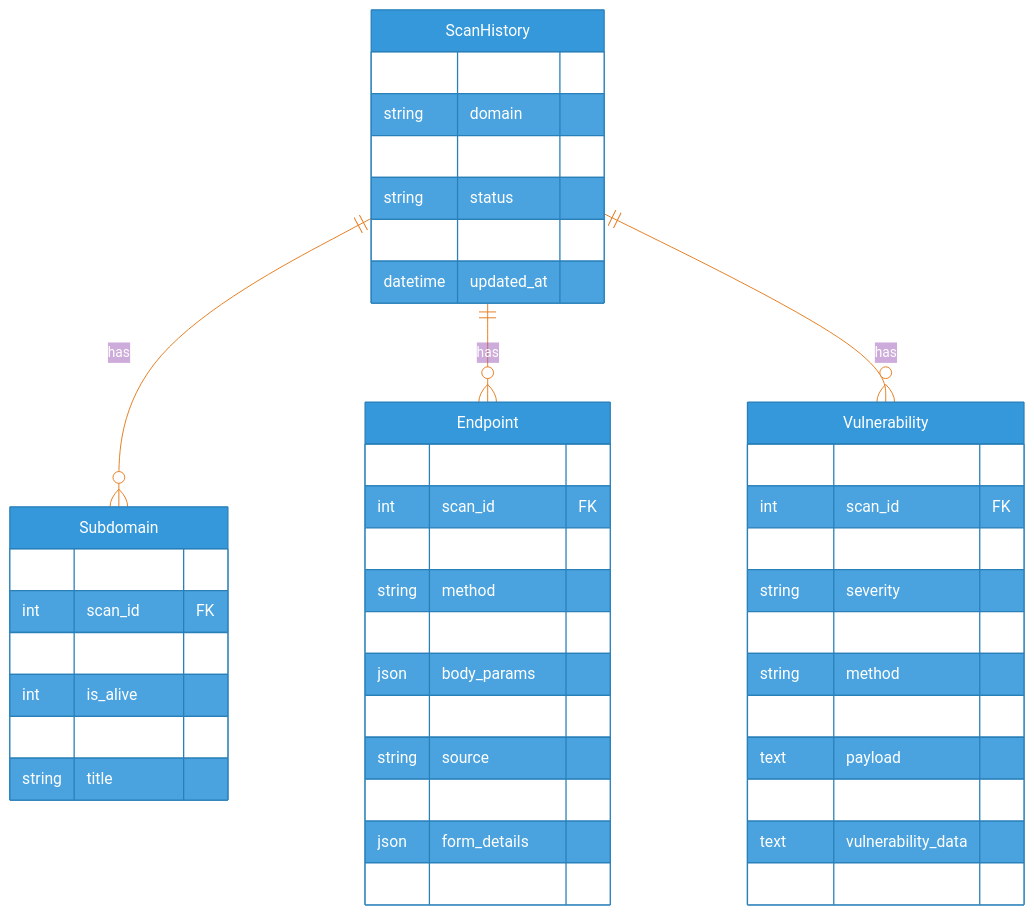
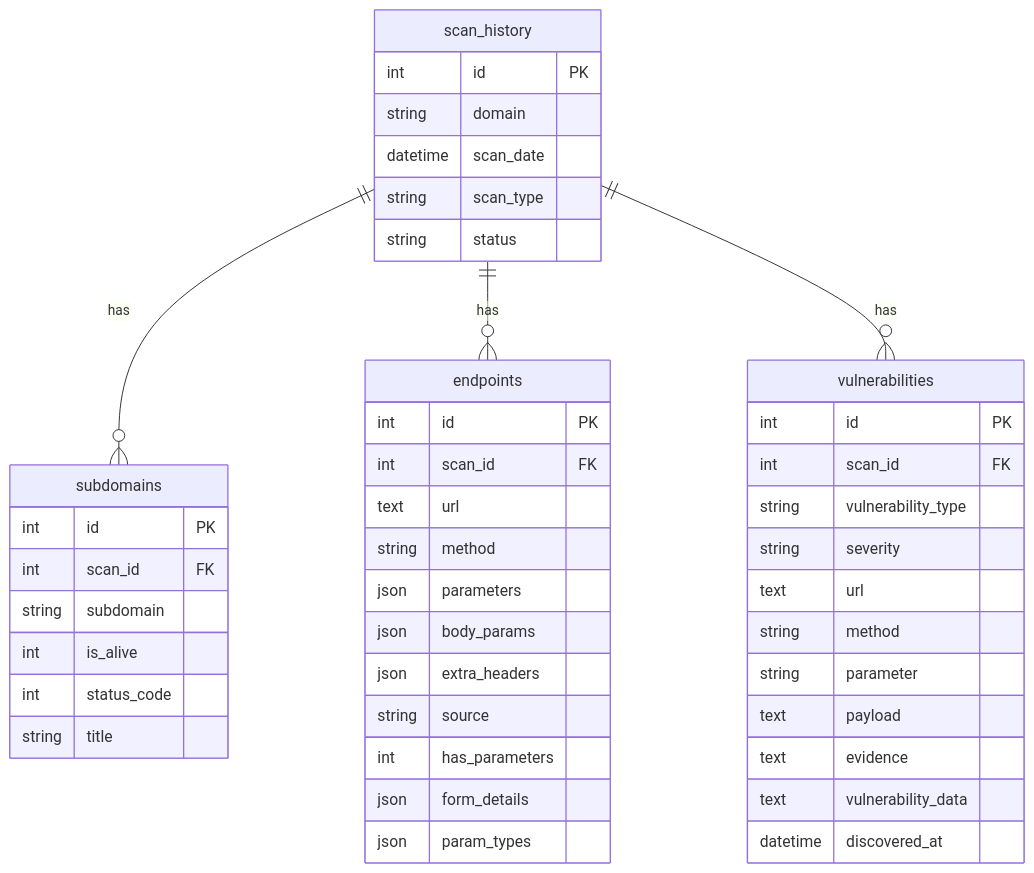
The second of 16 diagrams in Documents/ARCHITECTURE_DIAGRAMS.md (AbdelhamedRagheb/NileDefender), drawn with Mermaid before and after one commit.

````diff
--- a/Documents/ARCHITECTURE_DIAGRAMS.md
+++ b/Documents/ARCHITECTURE_DIAGRAMS.md
@@ -132,53 +132,51 @@
 ```mermaid
-%%{init: {'theme': 'base', 'themeVariables': {'primaryColor': '#3498db', 'primaryTextColor': '#fff', 'primaryBorderColor': '#2980b9', 'lineColor': '#e67e22', 'secondaryColor': '#1abc9c', 'tertiaryColor': '#9b59b6', 'background': '#1a1a2e'}}}%%
 erDiagram
-    ScanHistory ||--o{ Subdomain : has
-    ScanHistory ||--o{ Endpoint : has
-    ScanHistory ||--o{ Vulnerability : has
-
-    ScanHistory {
+    scan_history {
         int id PK
         string domain
+        datetime scan_date
         string scan_type
         string status
-        datetime created_at
-        datetime updated_at
     }
 
-    Subdomain {
+    subdomains {
         int id PK
         int scan_id FK
         string subdomain
         int is_alive
         int status_code
         string title
     }
 
-    Endpoint {
+    endpoints {
         int id PK
         int scan_id FK
         text url
         string method
         json parameters
         json body_params
         json extra_headers
         string source
         int has_parameters
         json form_details
         json param_types
     }
 
-    Vulnerability {
+    vulnerabilities {
         int id PK
         int scan_id FK
         string vulnerability_type
         string severity
         text url
         string method
         string parameter
         text payload
         text evidence
         text vulnerability_data
         datetime discovered_at
     }
+
+    scan_history ||--o{ subdomains : has
+    scan_history ||--o{ endpoints : has
+    scan_history ||--o{ vulnerabilities : has
 ```
````
